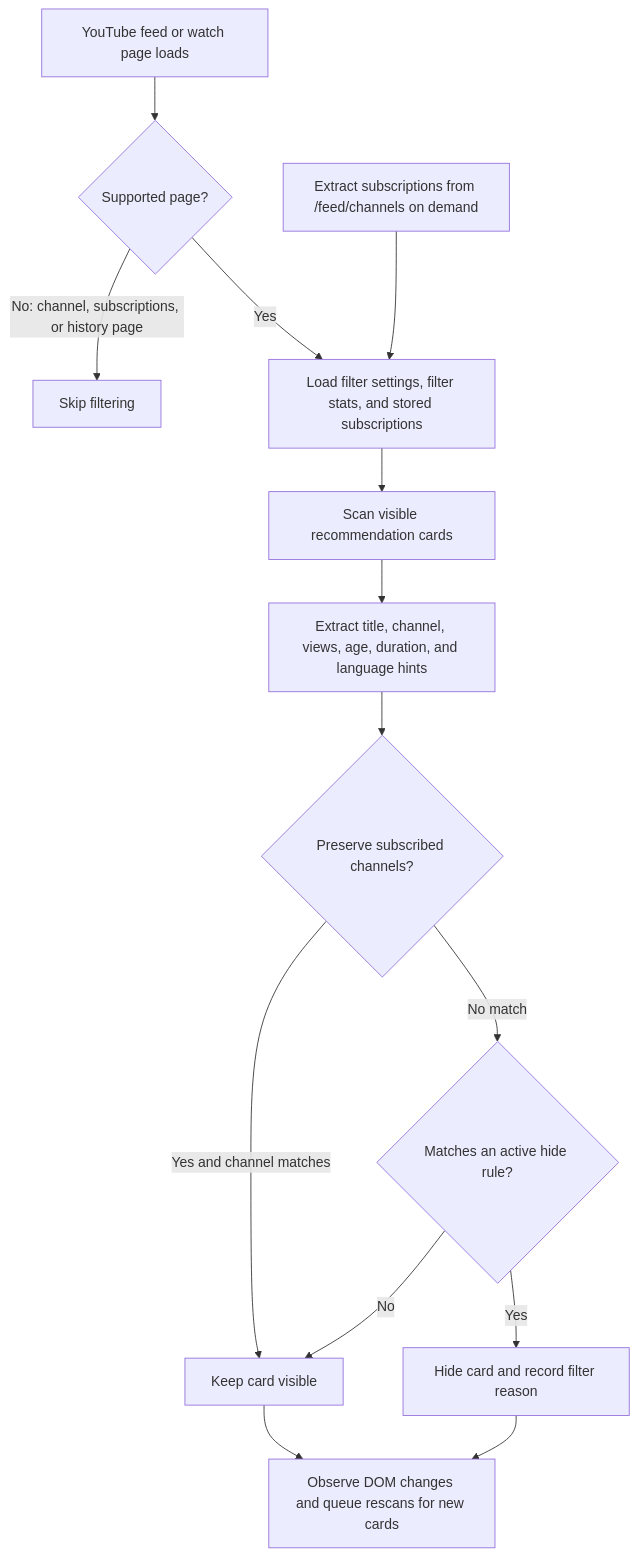
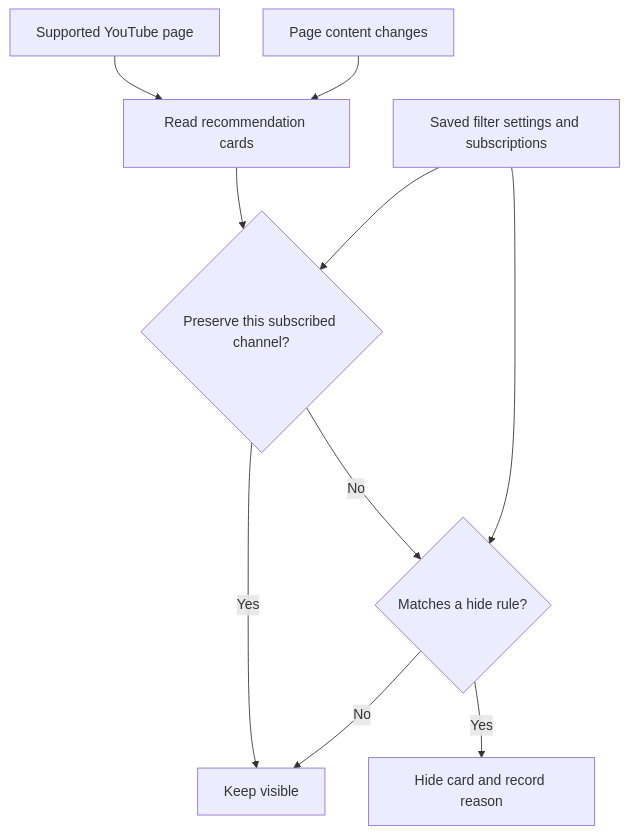
One commit to teron131/better-youtube changed the fourth of 4 diagrams in README.md. Above: the diagram before and after it, drawn with Mermaid. The commit also changed other lines of this file and 80 other files, not shown here.

````diff
--- a/README.md
+++ b/README.md
@@ -154,19 +90,14 @@
 ```mermaid
 flowchart TD
-    accTitle: Recommendation filtering flow
-    accDescr: Shows how the content script filters recommendation cards using saved rules, subscription lookups, and rescan scheduling.
-
-    LOAD["YouTube feed or watch page loads"] --> PAGE{"Supported page?"}
-    PAGE -->|No: channel, subscriptions, or history page| SKIP["Skip filtering"]
-    PAGE -->|Yes| READ["Load filter settings, filter stats, and stored subscriptions"]
-    READ --> SCAN["Scan visible recommendation cards"]
-    SCAN --> EXTRACT["Extract title, channel, views, age, duration, and language hints"]
-    EXTRACT --> SUBS{"Preserve subscribed channels?"}
-    SUBS -->|Yes and channel matches| SHOW["Keep card visible"]
-    SUBS -->|No match| RULES{"Matches an active hide rule?"}
-    RULES -->|No| SHOW
-    RULES -->|Yes| HIDE["Hide card and record filter reason"]
-    SHOW --> RESCAN["Observe DOM changes and queue rescans for new cards"]
-    HIDE --> RESCAN
-    SUBLOAD["Extract subscriptions from /feed/channels on demand"] --> READ
+    accTitle: Recommendation filtering
+    accDescr: On supported pages, saved rules filter recommendation cards while optionally preserving subscribed channels; DOM changes trigger rescans.
+    PAGE["Supported YouTube page"] --> SCAN["Read recommendation cards"]
+    SCAN --> SUB{"Preserve this subscribed channel?"}
+    SUB -->|Yes| KEEP["Keep visible"]
+    SUB -->|No| RULES{"Matches a hide rule?"}
+    SETTINGS["Saved filter settings and subscriptions"] --> SUB
+    SETTINGS --> RULES
+    RULES -->|No| KEEP
+    RULES -->|Yes| HIDE["Hide card and record reason"]
+    CHANGES["Page content changes"] --> SCAN
 ```
````
